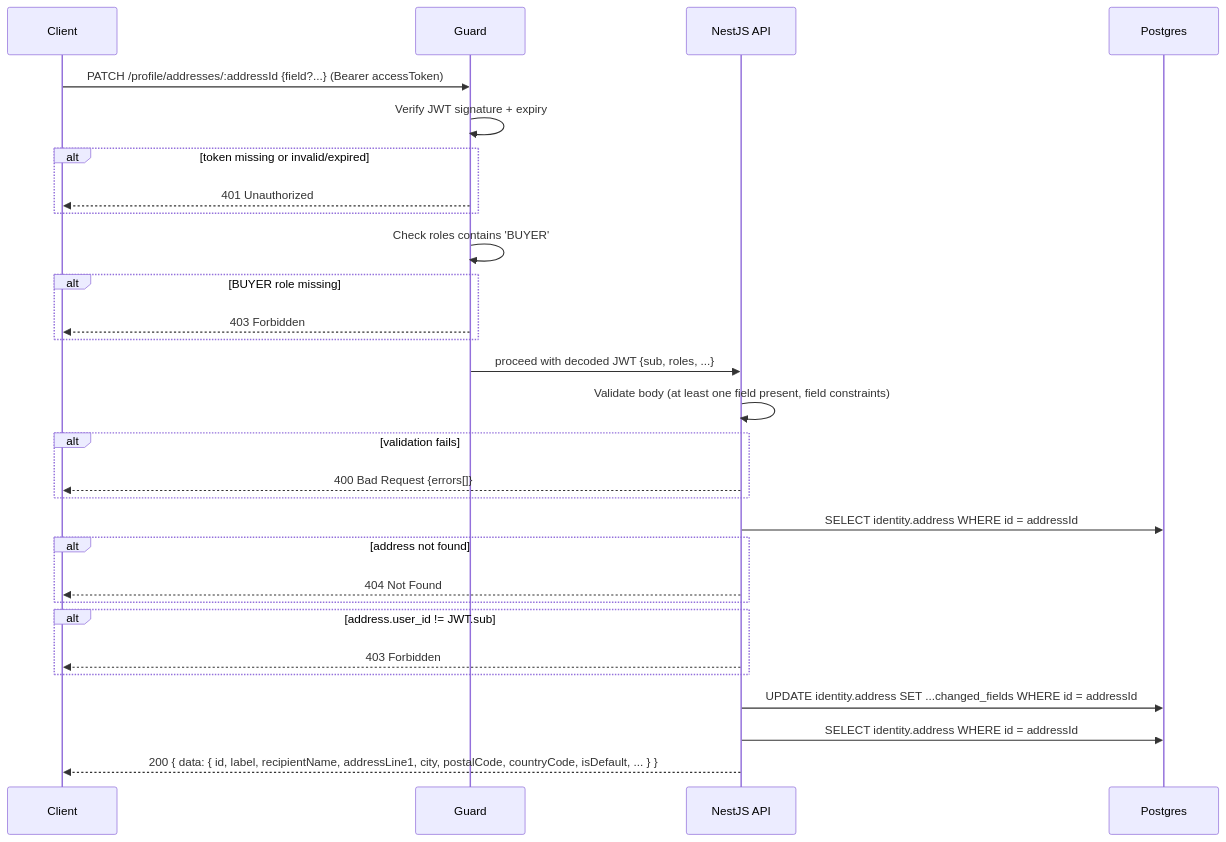
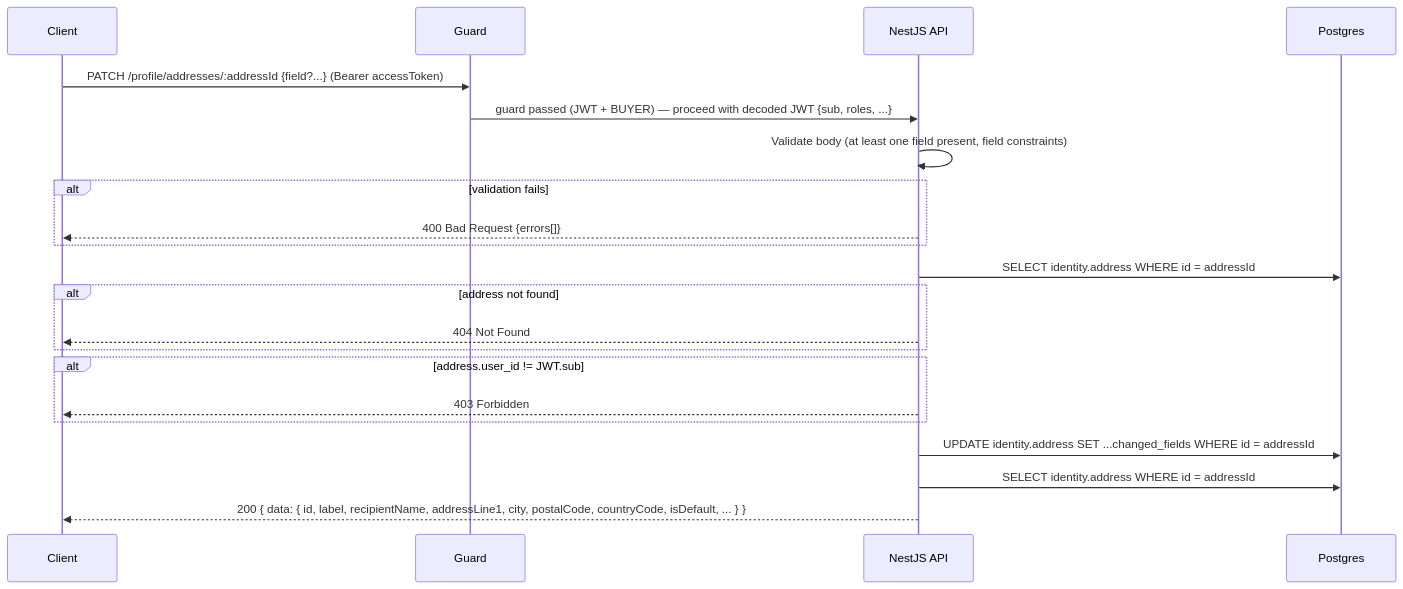
Before and after one commit to alisa-uthi/aliceut-ecom-document: the sixth of 8 diagrams in phase-1/technical-design/api-design/profile.md, drawn with Mermaid. The commit also changed other lines of this file and 53 other files, not shown here.

````diff
--- a/phase-1/technical-design/api-design/profile.md
+++ b/phase-1/technical-design/api-design/profile.md
@@ -352,36 +331,28 @@
 ```mermaid
 sequenceDiagram
     participant C as Client
     participant G as Guard
     participant A as NestJS API
     participant PG as Postgres
 
     C->>G: PATCH /profile/addresses/:addressId {field?...} (Bearer accessToken)
-    G->>G: Verify JWT signature + expiry
-    alt token missing or invalid/expired
-        G-->>C: 401 Unauthorized
-    end
-    G->>G: Check roles contains 'BUYER'
-    alt BUYER role missing
-        G-->>C: 403 Forbidden
-    end
-    G->>A: proceed with decoded JWT {sub, roles, ...}
+    G->>A: guard passed (JWT + BUYER) — proceed with decoded JWT {sub, roles, ...}
 
     A->>A: Validate body (at least one field present, field constraints)
     alt validation fails
         A-->>C: 400 Bad Request {errors[]}
     end
 
     A->>PG: SELECT identity.address WHERE id = addressId
     alt address not found
         A-->>C: 404 Not Found
     end
     alt address.user_id != JWT.sub
         A-->>C: 403 Forbidden
     end
 
     A->>PG: UPDATE identity.address SET ...changed_fields WHERE id = addressId
 
     A->>PG: SELECT identity.address WHERE id = addressId
     A-->>C: 200 { data: { id, label, recipientName, addressLine1, city, postalCode, countryCode, isDefault, ... } }
 ```
````
